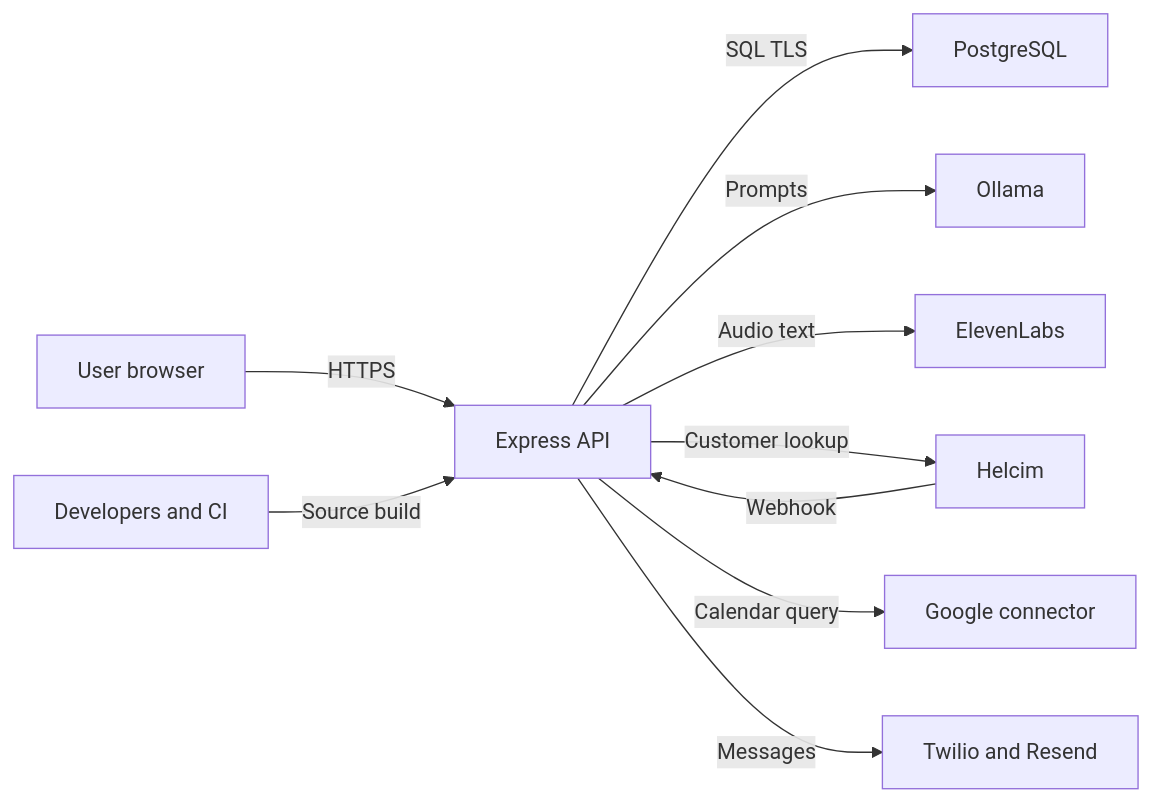
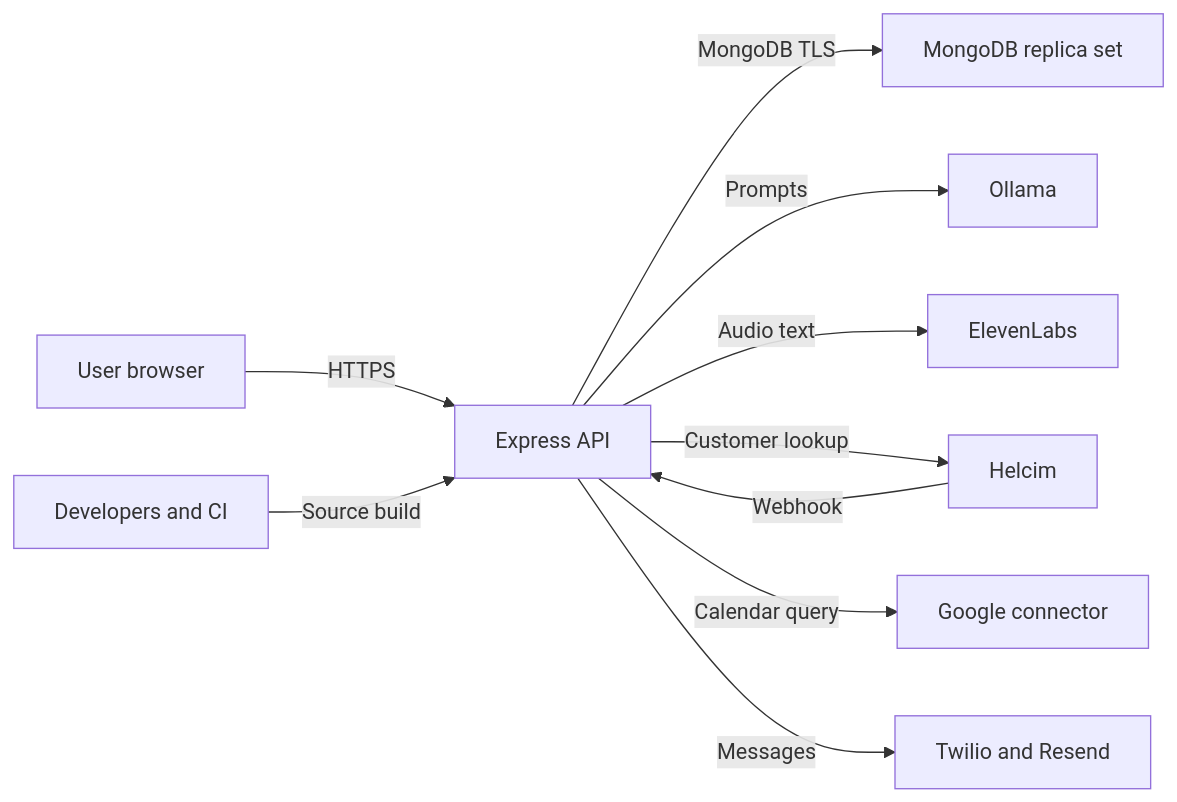
Before and after one commit to Griffixchips15/Kindred-Asterling-AI-Coaching: the diagram in Kindred-Asterling-AI-Coaching-threat-model.md, drawn with Mermaid. The commit also changed other lines of this file and 102 other files, not shown here.

````diff
--- a/Kindred-Asterling-AI-Coaching-threat-model.md
+++ b/Kindred-Asterling-AI-Coaching-threat-model.md
@@ -48,12 +48,12 @@
 ```mermaid
 flowchart LR
   U["User browser"] -->|HTTPS| API["Express API"]
-  API -->|SQL TLS| DB["PostgreSQL"]
+  API -->|MongoDB TLS| DB["MongoDB replica set"]
   API -->|Prompts| AI["Ollama"]
   API -->|Audio text| VOICE["ElevenLabs"]
   PAY["Helcim"] -->|Webhook| API
   API -->|Customer lookup| PAY
   API -->|Calendar query| CAL["Google connector"]
   API -->|Messages| MSG["Twilio and Resend"]
   DEV["Developers and CI"] -->|Source build| API
 ```
````
